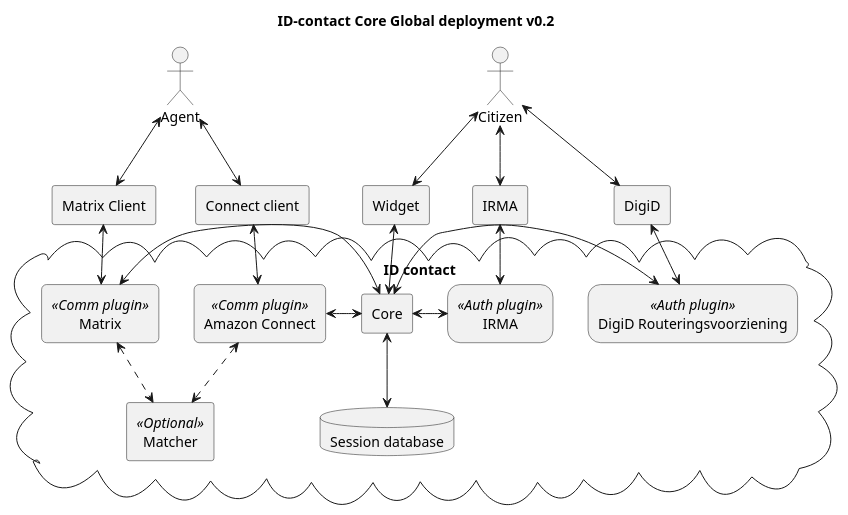
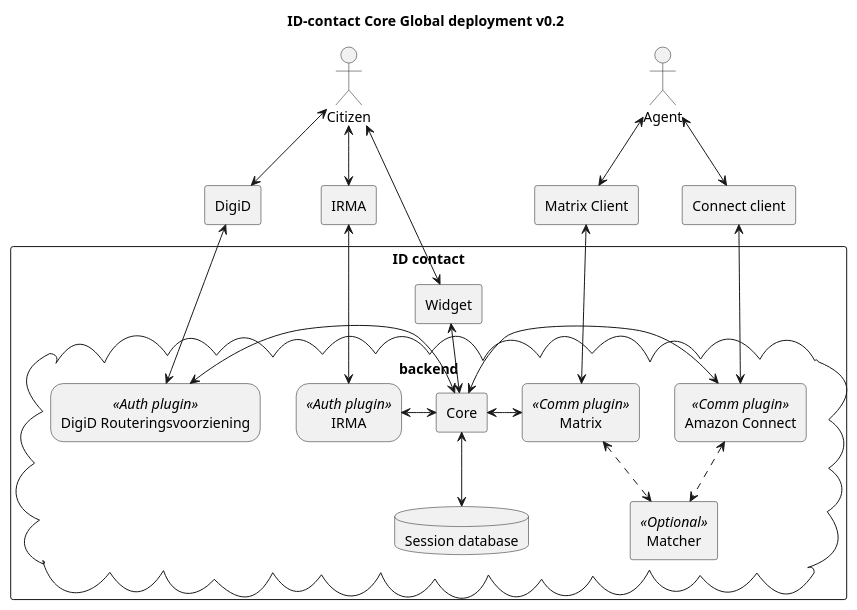
One commit to id-contact/docs changed the diagram in docs/diagrams/global-deployment.puml. Above: the diagram before and after it, drawn with PlantUML. The commit also changed 3 other files, not shown here.

Commit message:
Clarify the boundaries of ID contact in the deployment diagram

```diff
--- a/docs/diagrams/global-deployment.puml
+++ b/docs/diagrams/global-deployment.puml
@@ -1,56 +1,60 @@
 @startuml
 title ID-contact Core Global deployment v0.2
 skinparam rectangle {
     roundCorner<<Auth plugin>> 25
 }
 
 skinparam rectangle {
     roundCorner<<Comm plugin>> 10
 }
 
 actor Citizen as citizen
 actor Agent as agent
 
-cloud "ID contact" {
-    rectangle Core as core
-    rectangle "IRMA" <<Auth plugin>> as auth_irma
-    rectangle "DigiD Routeringsvoorziening" <<Auth plugin>> as auth_digid
+rectangle "ID contact" {
+    rectangle Widget as widget
+    
+    cloud backend {
+        rectangle Core as core
+        rectangle "IRMA" <<Auth plugin>> as auth_irma
+        rectangle "DigiD Routeringsvoorziening" <<Auth plugin>> as auth_digid
 
-    rectangle "Amazon Connect" <<Comm plugin>> as comm_connect
-    rectangle "Matrix" <<Comm plugin>> as comm_matrix
+        rectangle "Amazon Connect" <<Comm plugin>> as comm_connect
+        rectangle "Matrix" <<Comm plugin>> as comm_matrix
 
-    rectangle "Matcher" <<Optional>> as matcher
-    database "Session database" as session_db
+        rectangle "Matcher" <<Optional>> as matcher
+        database "Session database" as session_db
+    }
 }
 
-rectangle Widget as widget
+
 rectangle "Matrix Client" as matrix_client
 rectangle "Connect client" as connect_client
 rectangle IRMA as irma
 rectangle DigiD as digid
 
 
-citizen<-->widget
+citizen<--->widget
 citizen<-->irma
 citizen<-->digid
 agent<-->connect_client
 agent<-->matrix_client
 
 core<-u->widget
-core<->auth_digid
-core<->auth_irma
-core<-l->comm_matrix
-core<-l->comm_connect
+core<-l->auth_digid
+core<-l->auth_irma
+core<->comm_matrix
+core<->comm_connect
 
 core<-->session_db
 
-digid<-->auth_digid
-irma<-->auth_irma
+digid<->auth_digid
+irma<->auth_irma
 
 matrix_client<-->comm_matrix
-connect_client<-->comm_connect
+connect_client<--->comm_connect
 
 comm_connect<..>matcher
 comm_matrix<..>matcher
 
 @enduml
```
